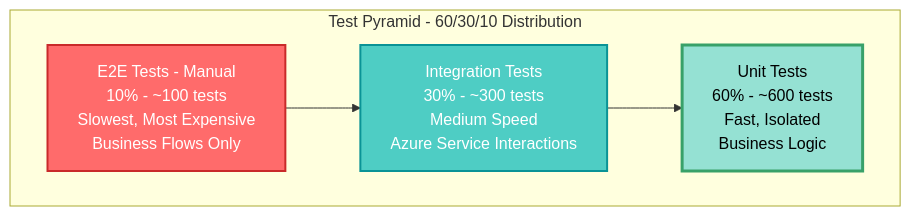
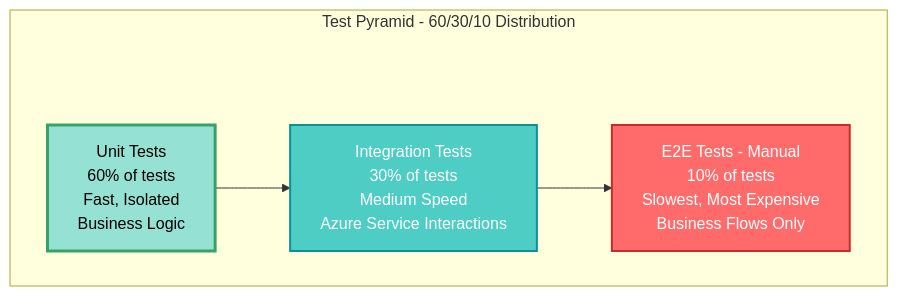
The first of 8 diagrams in AUTOMATION_TESTING_STANDARD.md (mojtaba-rezaei/testing-strategy), drawn with Mermaid before and after one commit. The commit also changed other lines of this file and 1 other file, not shown here.

````diff
--- a/AUTOMATION_TESTING_STANDARD.md
+++ b/AUTOMATION_TESTING_STANDARD.md
@@ -243,15 +195,19 @@
 ```mermaid
 graph TB
     subgraph Test Pyramid - 60/30/10 Distribution
-    E2E[E2E Tests - Manual<br/>10% - ~100 tests<br/>Slowest, Most Expensive<br/>Business Flows Only]
-    INT[Integration Tests<br/>30% - ~300 tests<br/>Medium Speed<br/>Azure Service Interactions]
-    UNIT[Unit Tests<br/>60% - ~600 tests<br/>Fast, Isolated<br/>Business Logic]
+
+    spacer[" "]:::hidden
+
+    UNIT[Unit Tests<br/>60% of tests<br/>Fast, Isolated<br/>Business Logic]
+    INT[Integration Tests<br/>30% of tests<br/>Medium Speed<br/>Azure Service Interactions]
+    E2E[E2E Tests - Manual<br/>10% of tests<br/>Slowest, Most Expensive<br/>Business Flows Only]
     end
-    
-    E2E --> INT
-    INT --> UNIT
-    
+
+    UNIT --> INT
+    INT --> E2E
+
     style E2E fill:#ff6b6b,stroke:#c92a2a,stroke-width:2px,color:#fff
     style INT fill:#4ecdc4,stroke:#0a9396,stroke-width:2px,color:#fff
     style UNIT fill:#95e1d3,stroke:#38a169,stroke-width:3px,color:#000
+    classDef hidden fill:none,stroke:none,color:none;
 ```
````
